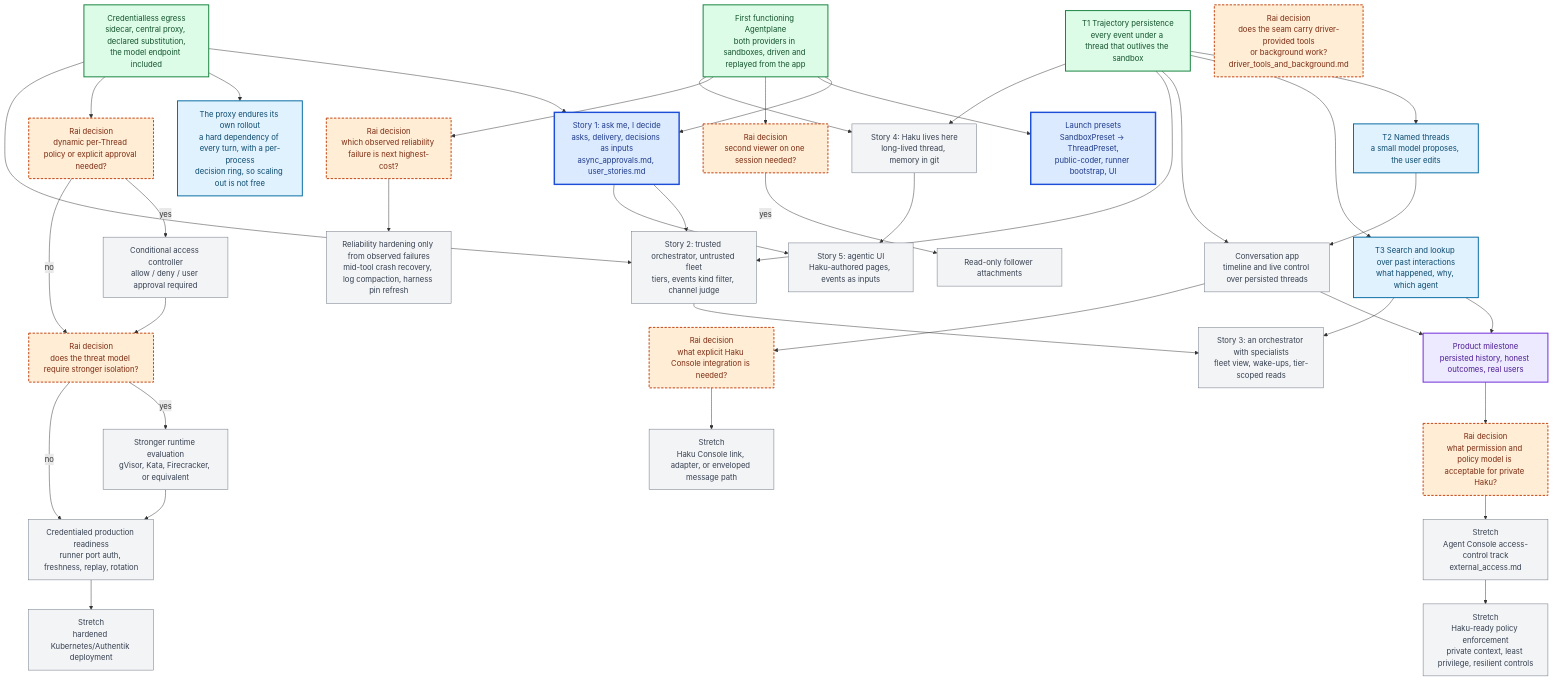
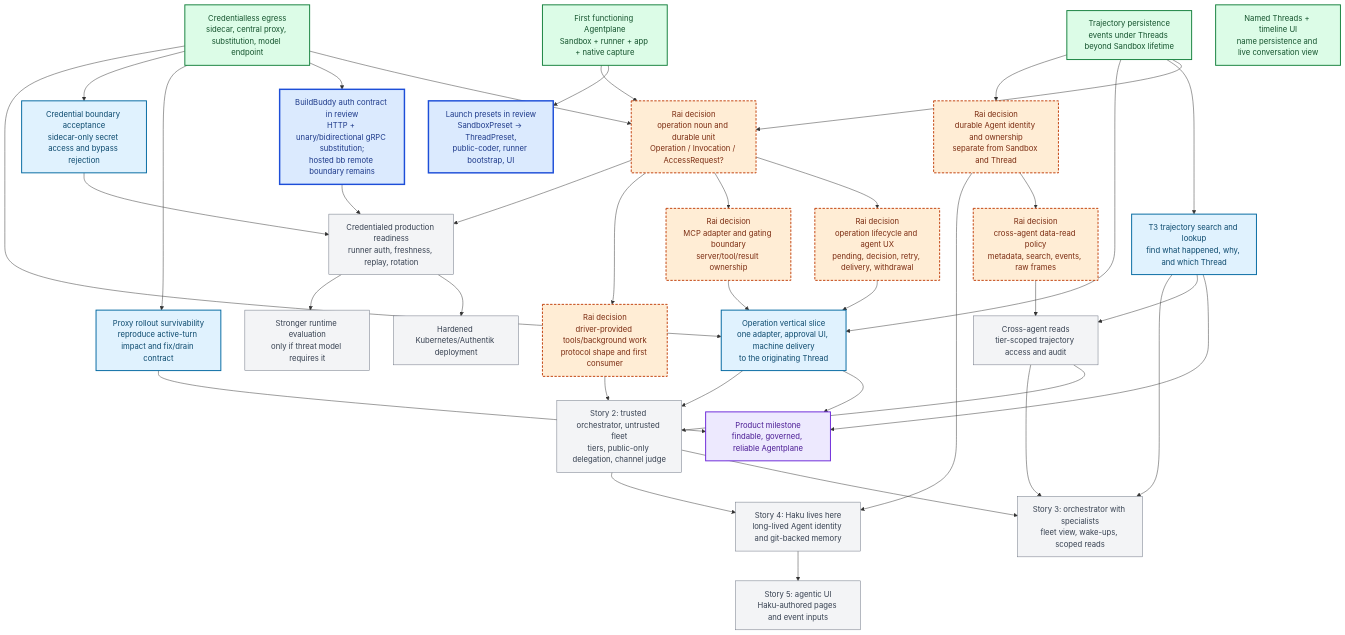
The diagram in x/agentplane/plans/task_dag.md (agentydragon-agent/ducktape), drawn with Mermaid before and after one commit. The commit also changed other lines of this file and 5 other files, not shown here.

First line of the commit message:
agentplane: refresh DAG and gate operation design (#5651)

````diff
--- a/x/agentplane/plans/task_dag.md
+++ b/x/agentplane/plans/task_dag.md
@@ -63,84 +51,77 @@
 ```mermaid
 flowchart TB
     classDef completed fill:#dcfce7,stroke:#15803d,color:#14532d,stroke-width:2px
-    classDef ready fill:#dbeafe,stroke:#1d4ed8,color:#1e3a8a,stroke-width:3px
-    classDef next fill:#e0f2fe,stroke:#0369a1,color:#0c4a6e,stroke-width:2px
+    classDef active fill:#dbeafe,stroke:#1d4ed8,color:#1e3a8a,stroke-width:3px
+    classDef ready fill:#e0f2fe,stroke:#0369a1,color:#0c4a6e,stroke-width:2px
     classDef milestone fill:#ede9fe,stroke:#6d28d9,color:#4c1d95,stroke-width:2px
     classDef decision fill:#ffedd5,stroke:#c2410c,color:#7c2d12,stroke-width:2px,stroke-dasharray:5 3
     classDef future fill:#f3f4f6,stroke:#6b7280,color:#374151
 
-    F0["First functioning Agentplane<br/>both providers in sandboxes, driven and replayed from the app"]:::completed
-    J["Credentialless egress<br/>sidecar, central proxy, declared substitution,<br/>the model endpoint included"]:::completed
-    T1["T1 Trajectory persistence<br/>every event under a thread that outlives the sandbox"]:::completed
+    F0["First functioning Agentplane<br/>Sandbox + runner + app + native capture"]:::completed
+    J["Credentialless egress<br/>sidecar, central proxy, substitution, model endpoint"]:::completed
+    T1["Trajectory persistence<br/>events under Threads beyond Sandbox lifetime"]:::completed
+    T2["Named Threads + timeline UI<br/>name persistence and live conversation view"]:::completed
 
-    Y["Story 1: ask me, I decide<br/>asks, delivery, decisions as inputs<br/>async_approvals.md, user_stories.md"]:::ready
-    LP["Launch presets<br/>SandboxPreset → ThreadPreset,<br/>public-coder, runner bootstrap, UI"]:::ready
-    T2["T2 Named threads<br/>a small model proposes, the user edits"]:::next
-    T3["T3 Search and lookup over past interactions<br/>what happened, why, which agent"]:::next
-    PR["The proxy endures its own rollout<br/>a hard dependency of every turn, with a per-process<br/>decision ring, so scaling out is not free"]:::next
-    DT["Rai decision<br/>does the seam carry driver-provided tools<br/>or background work?<br/>driver_tools_and_background.md"]:::decision
+    LP["Launch presets in review<br/>SandboxPreset → ThreadPreset,<br/>public-coder, runner bootstrap, UI"]:::active
+    BB["BuildBuddy auth contract in review<br/>HTTP + unary/bidirectional gRPC substitution;<br/>hosted bb remote boundary remains"]:::active
 
-    E["Conversation app<br/>timeline and live control over persisted threads"]:::future
-    F["Product milestone<br/>persisted history, honest outcomes, real users"]:::milestone
+    OPD["Rai decision<br/>operation noun and durable unit<br/>Operation / Invocation / AccessRequest?"]:::decision
+    OPS["Rai decision<br/>operation lifecycle and agent UX<br/>pending, decision, retry, delivery, withdrawal"]:::decision
+    MCPD["Rai decision<br/>MCP adapter and gating boundary<br/>server/tool/result ownership"]:::decision
+    OPI["Operation vertical slice<br/>one adapter, approval UI, machine delivery<br/>to the originating Thread"]:::ready
 
-    G["Rai decision<br/>second viewer on one session needed?"]:::decision
-    R1["Read-only follower attachments"]:::future
+    T3["T3 trajectory search and lookup<br/>find what happened, why, and which Thread"]:::ready
+    PR["Proxy rollout survivability<br/>reproduce active-turn impact and fix/drain contract"]:::ready
+    SEC["Credential boundary acceptance<br/>sidecar-only secret access and bypass rejection"]:::ready
 
-    P["Rai decision<br/>dynamic per-Thread policy or explicit approval needed?"]:::decision
-    K["Conditional access controller<br/>allow / deny / user approval required"]:::future
-    R["Rai decision<br/>does the threat model require stronger isolation?"]:::decision
-    V["Stronger runtime evaluation<br/>gVisor, Kata, Firecracker, or equivalent"]:::future
-    L["Credentialed production readiness<br/>runner port auth, freshness, replay, rotation"]:::future
+    AGD["Rai decision<br/>durable Agent identity and ownership<br/>separate from Sandbox and Thread"]:::decision
+    DATAD["Rai decision<br/>cross-agent data-read policy<br/>metadata, search, events, raw frames"]:::decision
+    XREAD["Cross-agent reads<br/>tier-scoped trajectory access and audit"]:::future
 
-    Q["Rai decision<br/>which observed reliability failure is next highest-cost?"]:::decision
-    M["Reliability hardening only from observed failures<br/>mid-tool crash recovery, log compaction, harness pin refresh"]:::future
+    DT["Rai decision<br/>driver-provided tools/background work<br/>protocol shape and first consumer"]:::decision
+    N["Story 2: trusted orchestrator, untrusted fleet<br/>tiers, public-only delegation, channel judge"]:::future
+    O["Story 3: orchestrator with specialists<br/>fleet view, wake-ups, scoped reads"]:::future
+    HK["Story 4: Haku lives here<br/>long-lived Agent identity and git-backed memory"]:::future
+    UI["Story 5: agentic UI<br/>Haku-authored pages and event inputs"]:::future
+    L["Credentialed production readiness<br/>runner auth, freshness, replay, rotation"]:::future
+    V["Stronger runtime evaluation<br/>only if threat model requires it"]:::future
+    W["Hardened Kubernetes/Authentik deployment"]:::future
+    F["Product milestone<br/>findable, governed, reliable Agentplane"]:::milestone
 
-    N["Story 2: trusted orchestrator, untrusted fleet<br/>tiers, events kind filter, channel judge"]:::future
-    O["Story 3: an orchestrator with specialists<br/>fleet view, wake-ups, tier-scoped reads"]:::future
-    HK["Story 4: Haku lives here<br/>long-lived thread, memory in git"]:::future
-    UI["Story 5: agentic UI<br/>Haku-authored pages, events as inputs"]:::future
-
-    Z["Rai decision<br/>what explicit Haku Console integration is needed?"]:::decision
-    U["Stretch<br/>Haku Console link, adapter, or enveloped message path"]:::future
-    AA["Rai decision<br/>what permission and policy model is acceptable for private Haku?"]:::decision
-    AB["Stretch<br/>Agent Console access-control track<br/>external_access.md"]:::future
-    AC["Stretch<br/>Haku-ready policy enforcement<br/>private context, least privilege, resilient controls"]:::future
-    W["Stretch<br/>hardened Kubernetes/Authentik deployment"]:::future
-
-    F0 --> Y
     F0 --> LP
-    J --> Y
+    F0 --> OPD
+    J --> OPD
+    J --> BB
+    T1 --> OPD
+    T1 --> T3
     J --> PR
-    T1 --> T2
-    T1 --> T3
-    T1 --> E
-    T2 --> E
-    E --> F
+    J --> SEC
+    OPD --> OPS
+    OPD --> MCPD
+    OPS --> OPI
+    MCPD --> OPI
+    J --> OPI
+    T1 --> OPI
     T3 --> F
-    F0 --> G
-    G -->|yes| R1
-    J --> P
-    P -->|yes| K
-    K --> R
-    P -->|no| R
-    R -->|yes| V
-    V --> L
-    R -->|no| L
-    F0 --> Q
-    Q --> M
-    J --> N
-    T1 --> N
-    Y --> N
+    OPI --> F
+    PR --> F
+    SEC --> L
+    BB --> L
+    OPD --> DT
+    T1 --> AGD
+    AGD --> DATAD
+    T3 --> XREAD
+    DATAD --> XREAD
+    OPI --> N
+    XREAD --> N
+    DT --> N
     N --> O
+    XREAD --> O
     T3 --> O
-    F0 --> HK
-    T1 --> HK
+    N --> HK
+    AGD --> HK
     HK --> UI
-    Y --> UI
-    E --> Z
-    Z --> U
-    F --> AA
-    AA --> AB
-    AB --> AC
     L --> W
+    OPD --> L
+    L --> V
 ```
````
